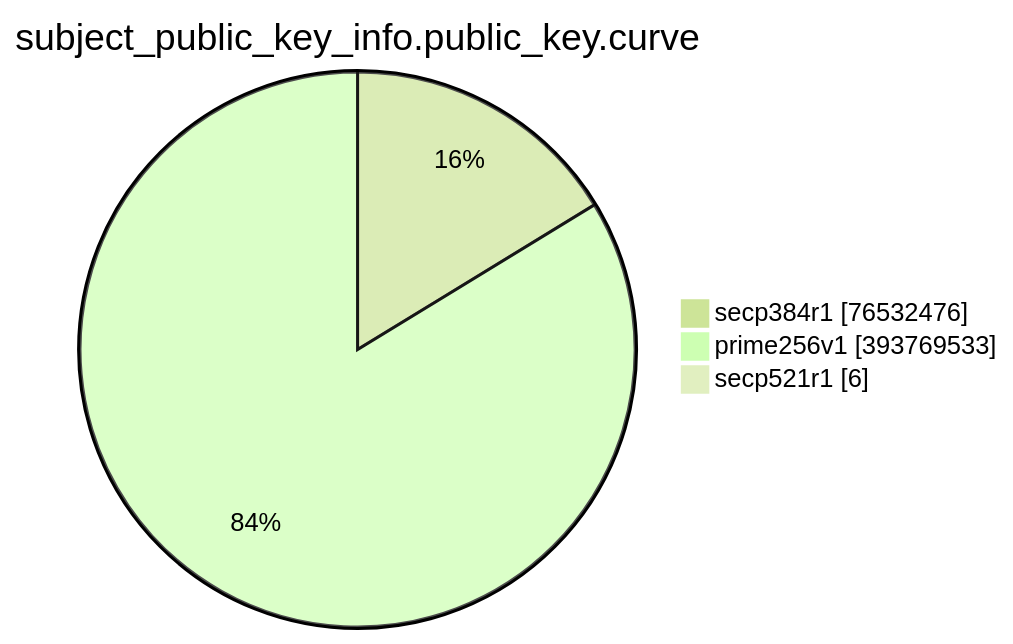
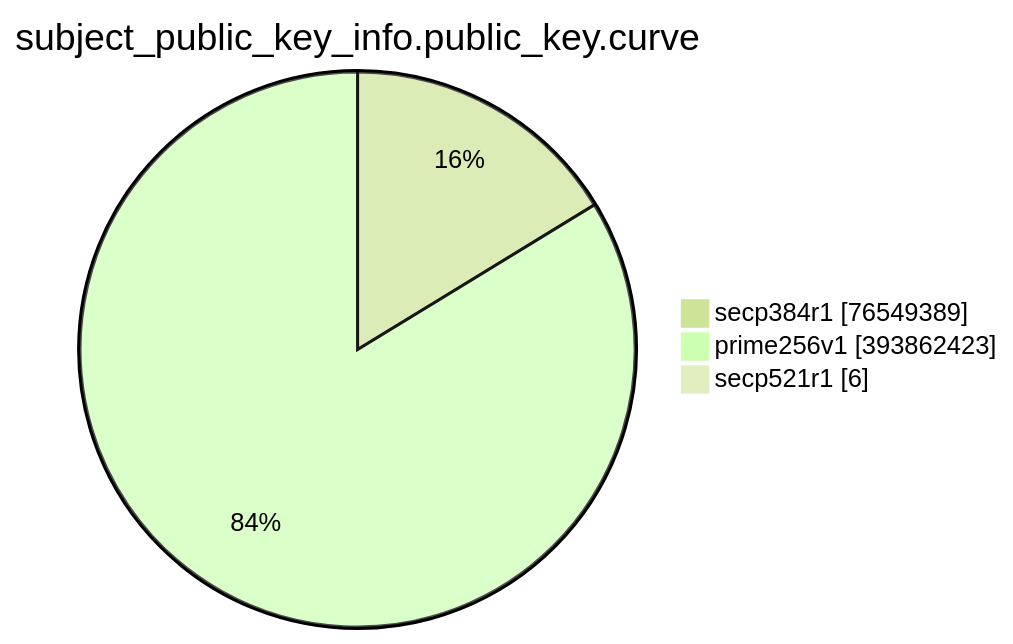
Before and after one commit to christiankrug/ctmonitor_visualization: the eighth of 15 diagrams in TOTAL/README.md, drawn with Mermaid (forest theme). The commit also changed other lines of this file, not shown here.

````diff
--- a/TOTAL/README.md
+++ b/TOTAL/README.md
@@ -3094,7 +3094,7 @@
 ```mermaid
 pie showData
 title subject_public_key_info.public_key.curve
-"secp384r1" :76532476
-"prime256v1" :393769533
+"secp384r1" :76549389
+"prime256v1" :393862423
 "secp521r1" :6
 ```
````
